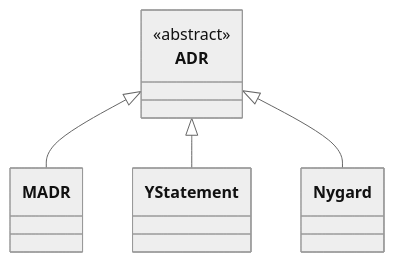
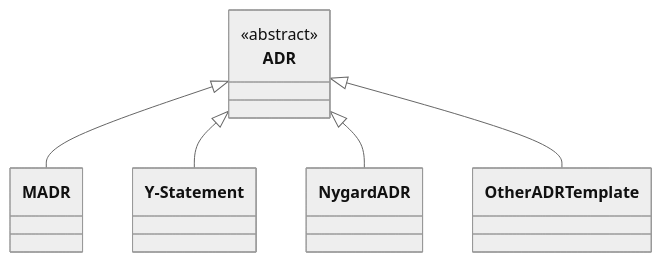
The diagram in index.md (adr/adr.github.io), drawn with Mermaid (neutral theme) before and after one commit. The commit also changed other lines of this file, not shown here.

````diff
--- a/index.md
+++ b/index.md
@@ -41,10 +48,11 @@
 ```mermaid
 classDiagram
   direction TB
   class ADR {
     <<abstract>>
   }
   ADR <|-- MADR
-  ADR <|-- YStatement
-  ADR <|-- Nygard
+  ADR <|-- Y-Statement
+  ADR <|-- NygardADR
+  ADR <|-- OtherADRTemplate
 ```
````
